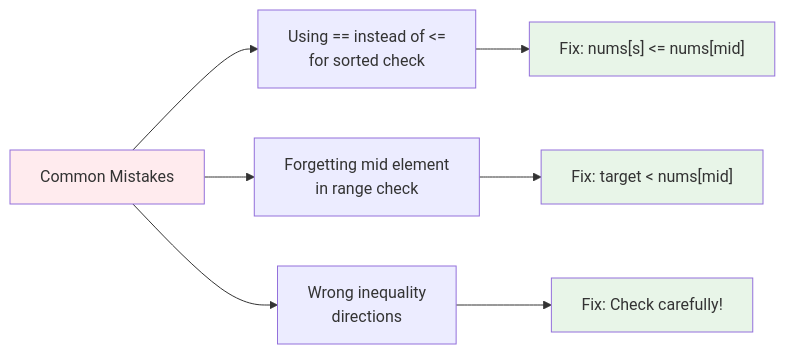
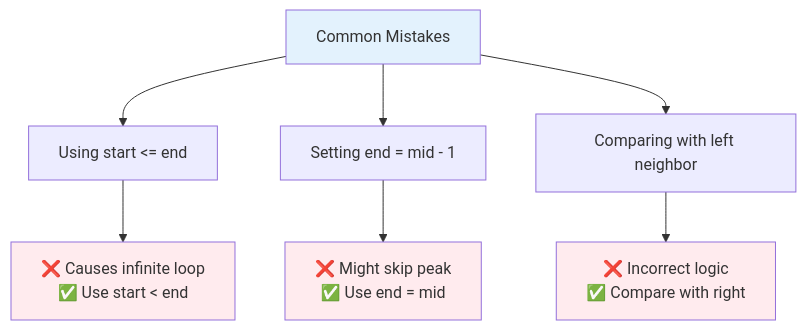
The tenth of 13 diagrams in README.md (LuckyLongre123/README_RUNNER), drawn with Mermaid before and after one commit. The commit also changed other lines of this file, not shown here.

````diff
--- a/README.md
+++ b/README.md
@@ -320,15 +333,15 @@
 ```mermaid
-flowchart LR
-    A["Common Mistakes"] --> B["Using == instead of <=<br/>for sorted check"]
-    A --> C["Forgetting mid element<br/>in range check"]
-    A --> D["Wrong inequality<br/>directions"]
+flowchart TD
+    A["Common Mistakes"] --> B["Using start <= end"]
+    A --> C["Setting end = mid - 1"]
+    A --> D["Comparing with left neighbor"]
     
-    B --> B1["Fix: nums[s] <= nums[mid]"]
-    C --> C1["Fix: target < nums[mid]"]
-    D --> D1["Fix: Check carefully!"]
+    B --> B1["❌ Causes infinite loop<br/>✅ Use start < end"]
+    C --> C1["❌ Might skip peak<br/>✅ Use end = mid"]
+    D --> D1["❌ Incorrect logic<br/>✅ Compare with right"]
     
-    style A fill:#ffebee
-    style B1 fill:#e8f5e8
-    style C1 fill:#e8f5e8
-    style D1 fill:#e8f5e8
+    style A fill:#e3f2fd
+    style B1 fill:#ffebee
+    style C1 fill:#ffebee
+    style D1 fill:#ffebee
 ```
````
